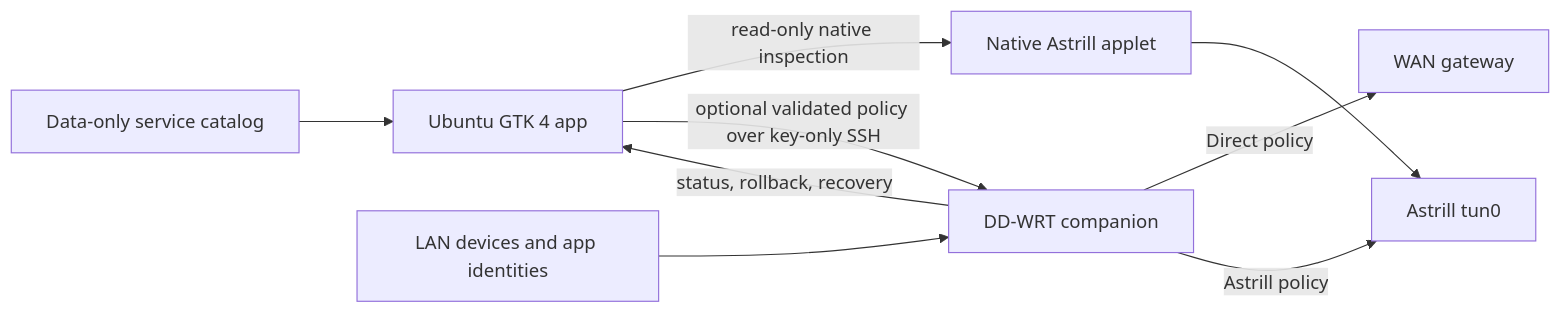
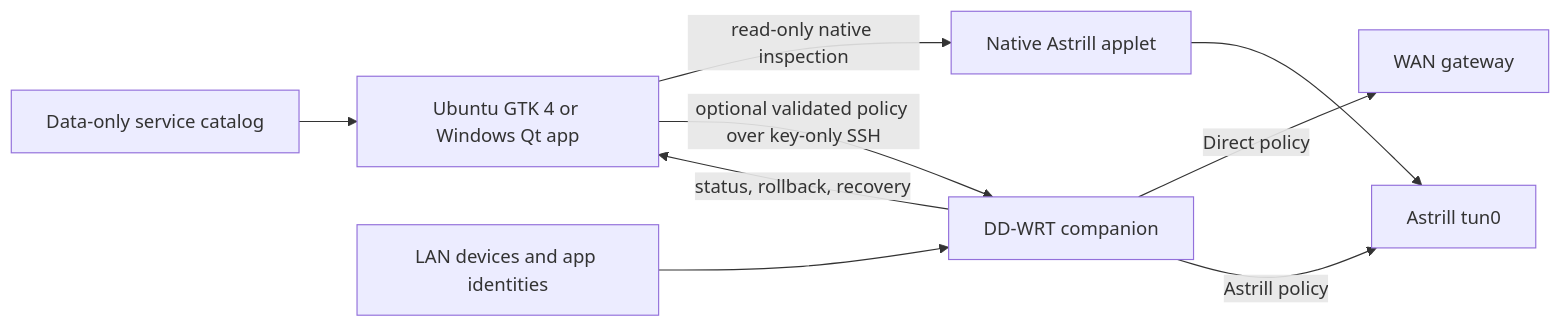
One commit to lachlanchen/astrill-lazy-router changed the diagram in README.md. Above: the diagram before and after it, drawn with Mermaid. The commit also changed other lines of this file and 21 other files, not shown here.

Commit message:
Add native Windows desktop application

````diff
--- a/README.md
+++ b/README.md
@@ -68,11 +68,11 @@
 ```mermaid
 flowchart LR
-    GUI["Ubuntu GTK 4 app"] -->|"read-only native inspection"| APPLET["Native Astrill applet"]
+    GUI["Ubuntu GTK 4 or Windows Qt app"] -->|"read-only native inspection"| APPLET["Native Astrill applet"]
     GUI -->|"optional validated policy over key-only SSH"| CTRL["DD-WRT companion"]
     CATALOG["Data-only service catalog"] --> GUI
     LAN["LAN devices and app identities"] --> CTRL
     CTRL -->|"Direct policy"| WAN["WAN gateway"]
     CTRL -->|"Astrill policy"| TUN["Astrill tun0"]
     APPLET --> TUN
     CTRL -->|"status, rollback, recovery"| GUI
 ```
````
